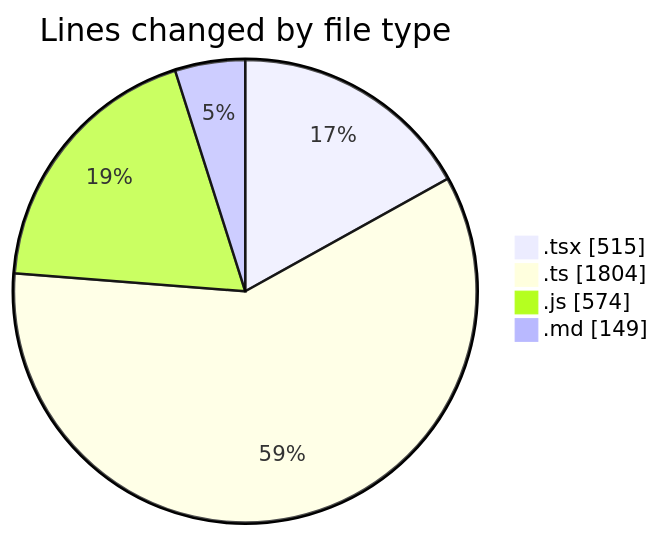
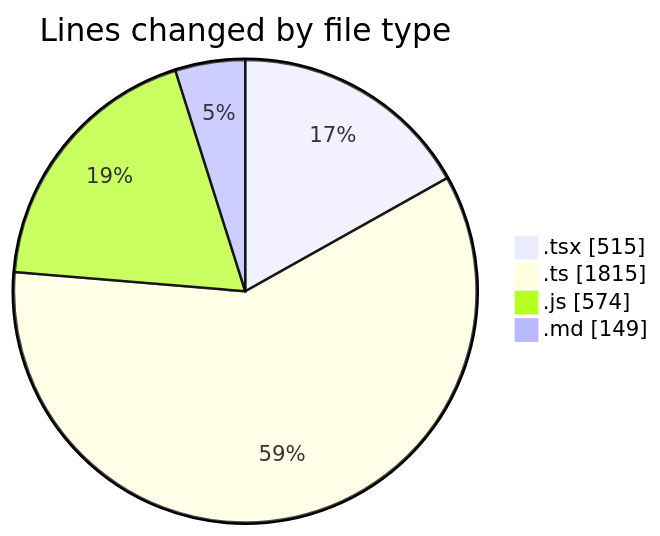
The first of 2 diagrams in 2026-06-04/cda/README.md (momahboobian/code-tracking), drawn with Mermaid before and after one commit. The commit also changed other lines of this file and 1 other file, not shown here.

````diff
--- a/2026-06-04/cda/README.md
+++ b/2026-06-04/cda/README.md
@@ -35,8 +35,8 @@
 ```mermaid
 pie showData
 title Lines changed by file type
 ".tsx" : 515
-".ts" : 1804
+".ts" : 1815
 ".js" : 574
 ".md" : 149
 ```
````
